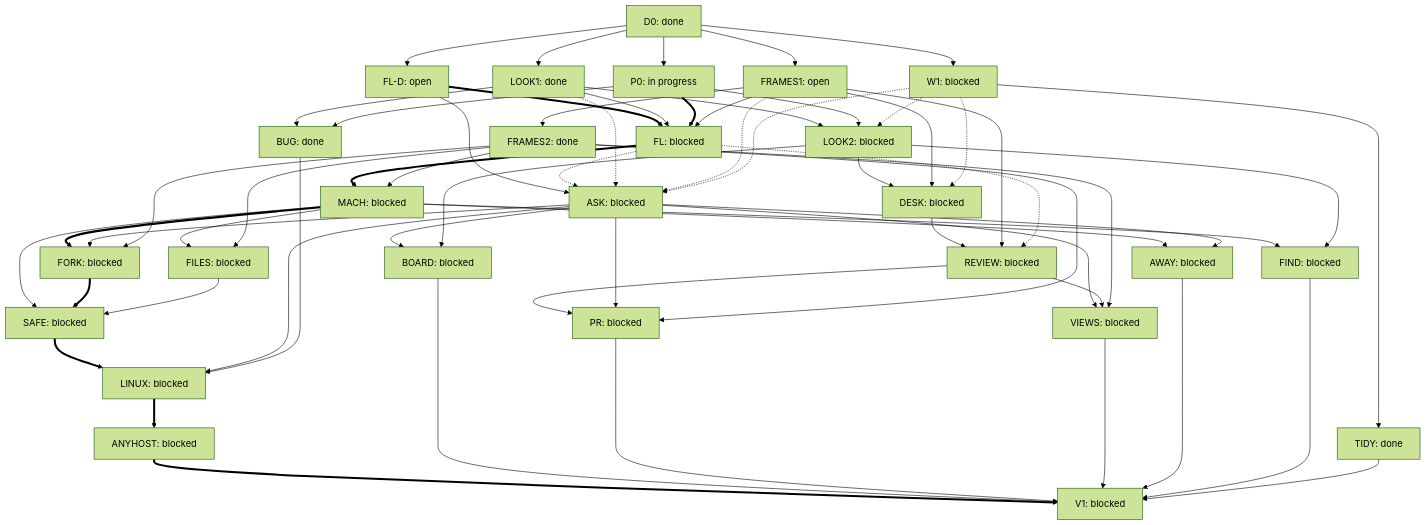
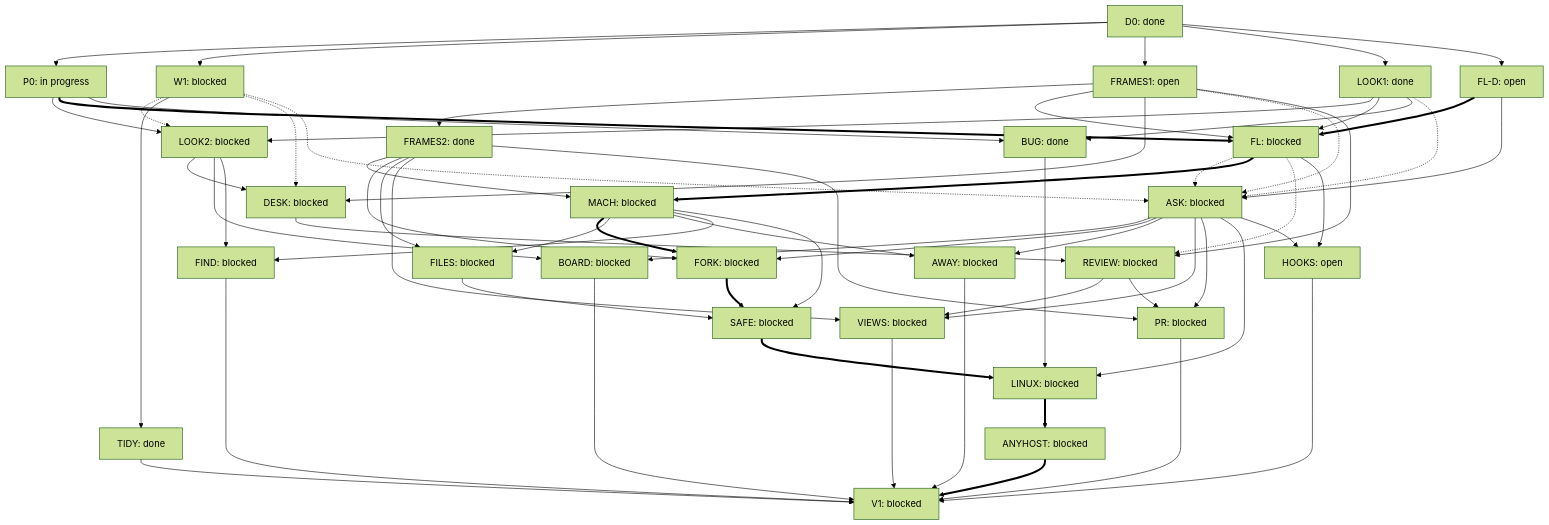
Before and after one commit to uhvesta/atmosphere: the diagram in apps/humata2/workflow/DAG.md, drawn with Mermaid (forest theme). The commit also changed other lines of this file and 612 other files, not shown here.

First line of the commit message:
Humata 2: freeze 2. Remote archive and forget, move recovery after restarts, remote forks behind Ask, agent hooks and OpenCode, remote conversation mirror, code editor, desktop polish

````diff
--- a/apps/humata2/workflow/DAG.md
+++ b/apps/humata2/workflow/DAG.md
@@ -113,6 +115,7 @@
   FORK["FORK: blocked"]
   FILES["FILES: blocked"]
   AWAY["AWAY: blocked"]
+  HOOKS["HOOKS: open"]
   FIND["FIND: blocked"]
   VIEWS["VIEWS: blocked"]
   PR["PR: blocked"]
@@ -178,6 +181,9 @@
   PR --> V1
   VIEWS --> V1
   AWAY --> V1
+  ASK --> HOOKS
+  FL --> HOOKS
+  HOOKS --> V1
   FIND --> V1
   TIDY --> V1
 ```
````
